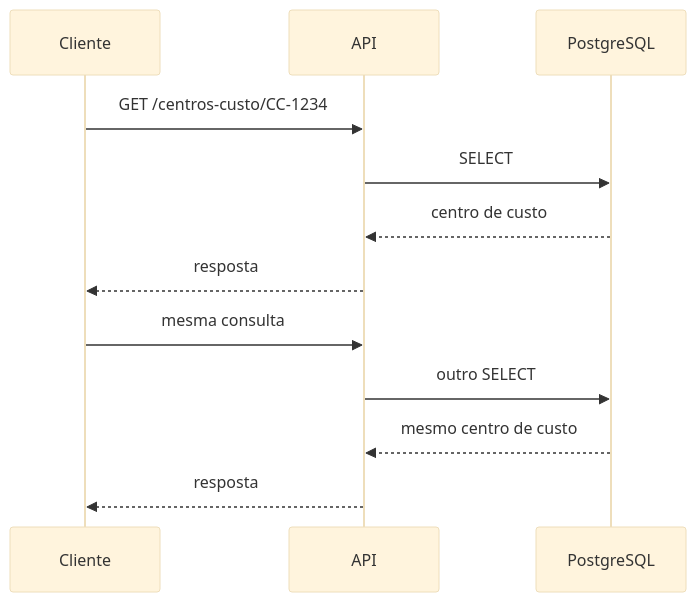
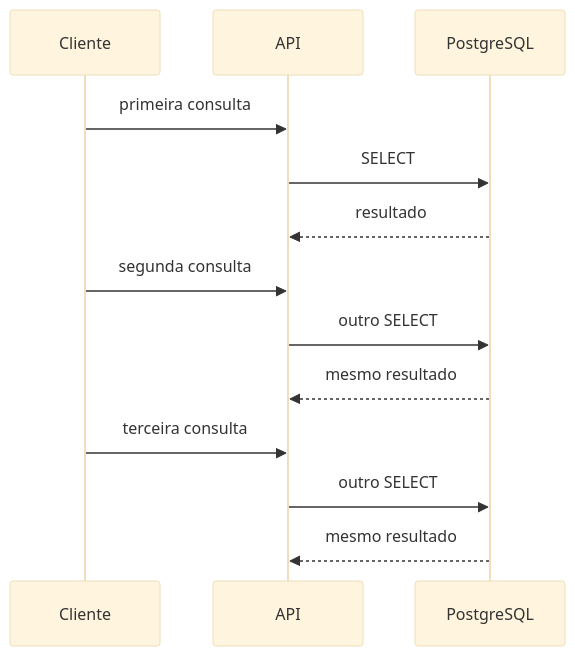
One commit to luciano-alexandre/sistemas-corporativos changed the second of 6 diagrams in docs/encontros/encontro-25.md. Above: the diagram before and after it, drawn with Mermaid (base theme). The commit also changed other lines of this file and 2 other files, not shown here.

````diff
--- a/docs/encontros/encontro-25.md
+++ b/docs/encontros/encontro-25.md
@@ -35,14 +50,15 @@
 ```mermaid
 sequenceDiagram
     participant C as Cliente
     participant A as API
     participant P as PostgreSQL
-    C->>A: GET /centros-custo/CC-1234
+    C->>A: primeira consulta
     A->>P: SELECT
-    P-->>A: centro de custo
-    A-->>C: resposta
-    C->>A: mesma consulta
+    P-->>A: resultado
+    C->>A: segunda consulta
     A->>P: outro SELECT
-    P-->>A: mesmo centro de custo
-    A-->>C: resposta
+    P-->>A: mesmo resultado
+    C->>A: terceira consulta
+    A->>P: outro SELECT
+    P-->>A: mesmo resultado
 ```
````
